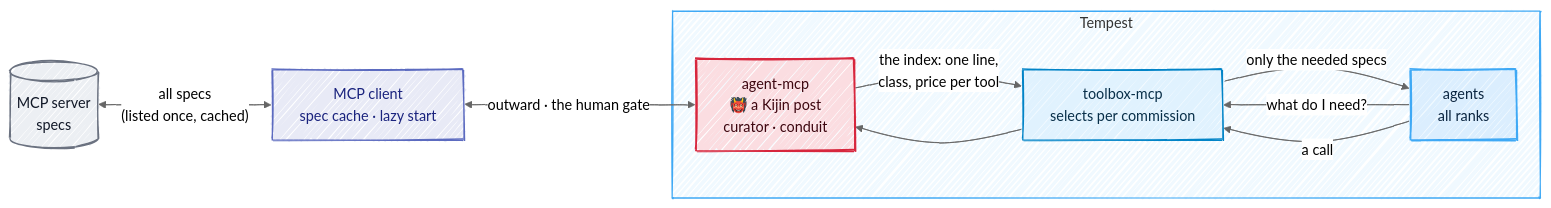
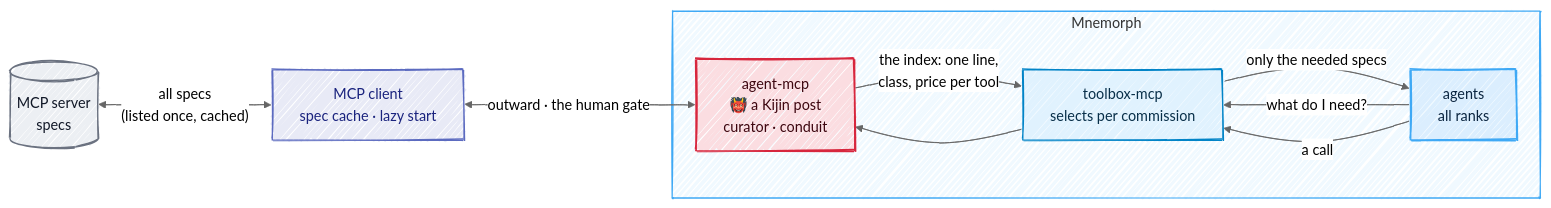
Before and after one commit to Kaginari/mnemorph: the diagram in docs/07-mcp.md, drawn with Mermaid. The commit also changed other lines of this file and 194 other files, not shown here.

````diff
--- a/docs/07-mcp.md
+++ b/docs/07-mcp.md
@@ -5,32 +5,32 @@
 ```mermaid
 ---
 config:
   look: handDrawn
   theme: neutral
   flowchart:
     wrappingWidth: 360
 ---
 flowchart LR
     S[("MCP server<br/>specs")] <-->|"all specs<br/>(listed once, cached)"| C["MCP client<br/>spec cache · lazy start"]
-    subgraph tempest["Tempest"]
+    subgraph mnemorph["Mnemorph"]
       K["agent-mcp<br/>👹 a Kijin post<br/>curator · conduit"]
       T["toolbox-mcp<br/>selects per commission"]
       A["agents<br/>all ranks"]
     end
     C <-->|"outward · the human gate"| K
     K -->|"the index: one line,<br/>class, price per tool"| T
     A -->|"what do I need?"| T
     T -->|"only the needed specs"| A
     A -->|"a call"| T --> K
     classDef outside fill:#eceff3,stroke:#6b7280,stroke-width:1.5px,color:#111827
     class S outside
     classDef store fill:#e8eaf6,stroke:#5c6bc0,stroke-width:1.5px,color:#1a237e
     class C store
     classDef kijin fill:#fbdde1,stroke:#D7263D,stroke-width:2px,color:#3d0710
     class K kijin
     classDef step fill:#e0f2fe,stroke:#0284c7,stroke-width:1.5px,color:#082f49
     class T step
     classDef throne fill:#dbeefe,stroke:#3FA9F5,stroke-width:2px,color:#0b2540
     class A throne
-    style tempest fill:#f0f9ff,stroke:#3FA9F5
+    style mnemorph fill:#f0f9ff,stroke:#3FA9F5
 ```
````
